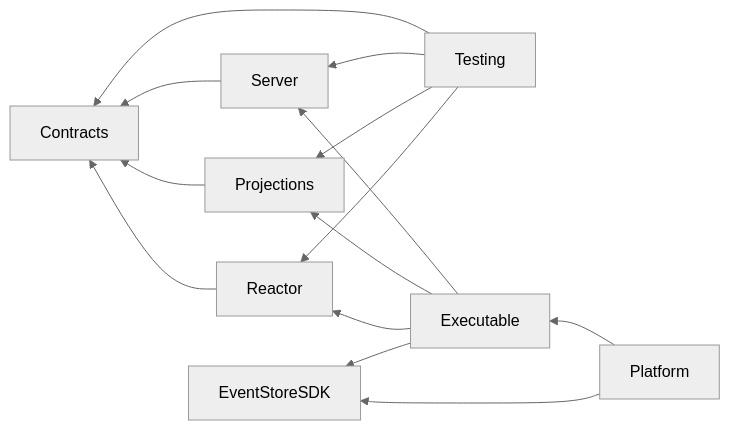
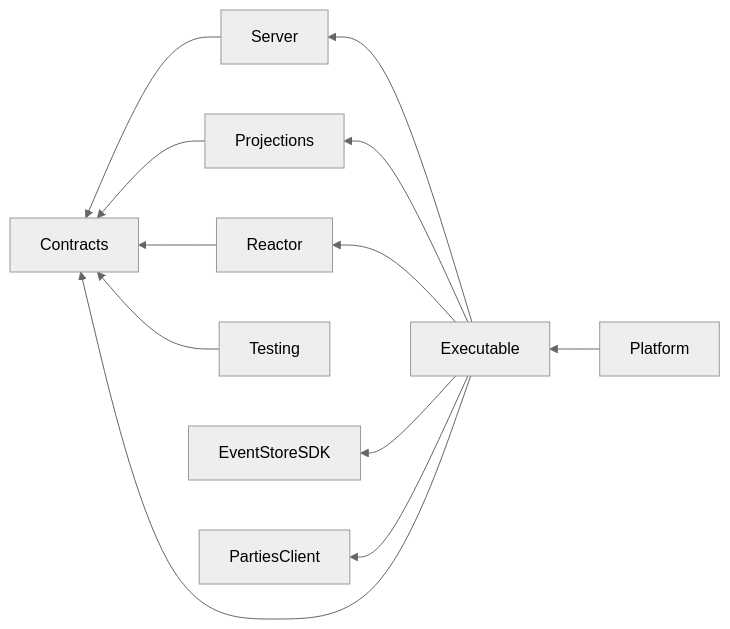
The second of 2 diagrams in _bmad-output/planning-artifacts/architecture.md (Hexalith/Hexalith.Works), drawn with Mermaid (neutral theme) before and after one commit. The commit also changed other lines of this file and 8 other files, not shown here.

Commit message:
docs(architecture): update the spine and record validation against refreshed references

```diff
--- a/_bmad-output/planning-artifacts/architecture.md
+++ b/_bmad-output/planning-artifacts/architecture.md
@@ -313,16 +341,14 @@
 ~~~mermaid
 flowchart RL
     Server --> Contracts
     Projections --> Contracts
     Reactor --> Contracts
     Testing --> Contracts
-    Testing --> Server
-    Testing --> Projections
-    Testing --> Reactor
+    Executable --> Contracts
     Executable --> Server
     Executable --> Projections
     Executable --> Reactor
     Executable --> EventStoreSDK
+    Executable --> PartiesClient
     Platform --> Executable
-    Platform --> EventStoreSDK
 ~~~
```
